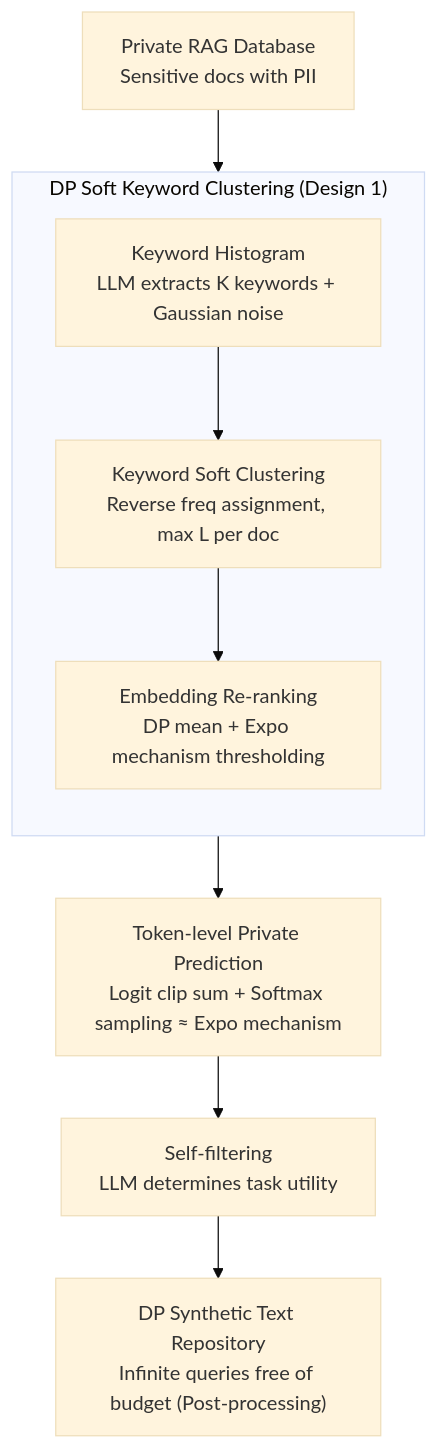
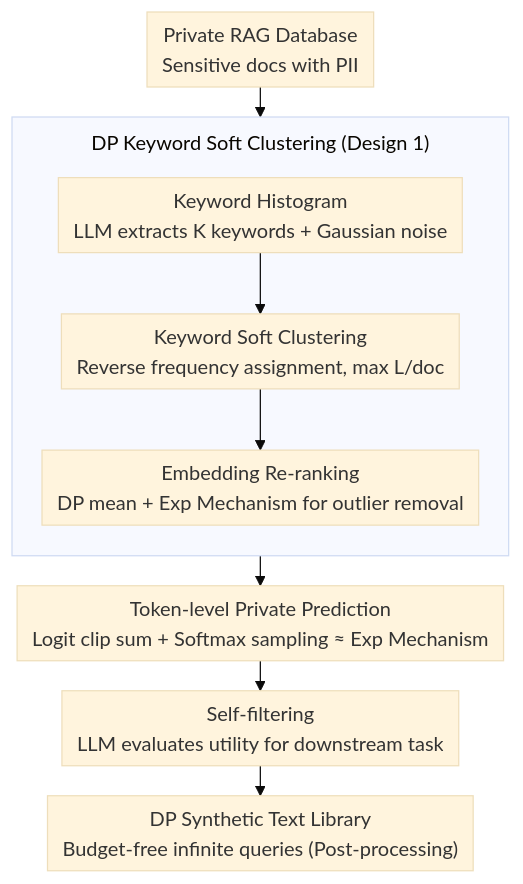
One commit to zhaoyang97/Paper-Notes-en changed the diagram in docs/ACL2026/llm_safety/differentially_private_synthetic_text_generation_for_retrieval-augmented_generat.md. Above: the diagram before and after it, drawn with Mermaid (base theme). The commit also changed other lines of this file and 5084 other files, not shown here.

````diff
--- a/docs/ACL2026/llm_safety/differentially_private_synthetic_text_generation_for_retrieval-augmented_generat.md
+++ b/docs/ACL2026/llm_safety/differentially_private_synthetic_text_generation_for_retrieval-augmented_generat.md
@@ -55,12 +55,13 @@
 ```mermaid
-graph TD
+%%{init: {'flowchart': {'rankSpacing': 24, 'nodeSpacing': 28, 'padding': 6, 'wrappingWidth': 400, 'subGraphTitleMargin': {'top': 8, 'bottom': 16}}}}%%
+flowchart TD
     A["Private RAG Database<br/>Sensitive docs with PII"] --> S1
-    subgraph S1["DP Soft Keyword Clustering (Design 1)"]
+    subgraph S1["DP Keyword Soft Clustering (Design 1)"]
         direction TB
-        B["Keyword Histogram<br/>LLM extracts K keywords + Gaussian noise"] --> C["Keyword Soft Clustering<br/>Reverse freq assignment, max L per doc"]
-        C --> D["Embedding Re-ranking<br/>DP mean + Expo mechanism thresholding"]
+        B["Keyword Histogram<br/>LLM extracts K keywords + Gaussian noise"] --> C["Keyword Soft Clustering<br/>Reverse frequency assignment, max L/doc"]
+        C --> D["Embedding Re-ranking<br/>DP mean + Exp Mechanism for outlier removal"]
     end
-    S1 --> E["Token-level Private Prediction<br/>Logit clip sum + Softmax sampling ≈ Expo mechanism"]
-    E --> F["Self-filtering<br/>LLM determines task utility"]
-    F --> G["DP Synthetic Text Repository<br/>Infinite queries free of budget (Post-processing)"]
+    S1 --> E["Token-level Private Prediction<br/>Logit clip sum + Softmax sampling ≈ Exp Mechanism"]
+    E --> F["Self-filtering<br/>LLM evaluates utility for downstream task"]
+    F --> G["DP Synthetic Text Library<br/>Budget-free infinite queries (Post-processing)"]
 ```
````
